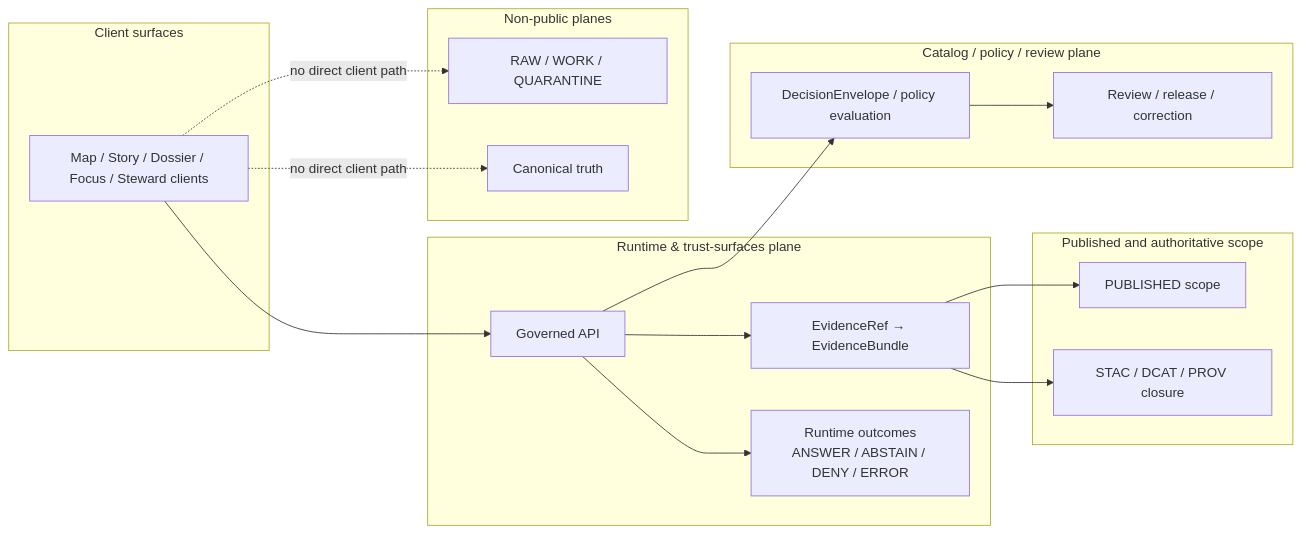
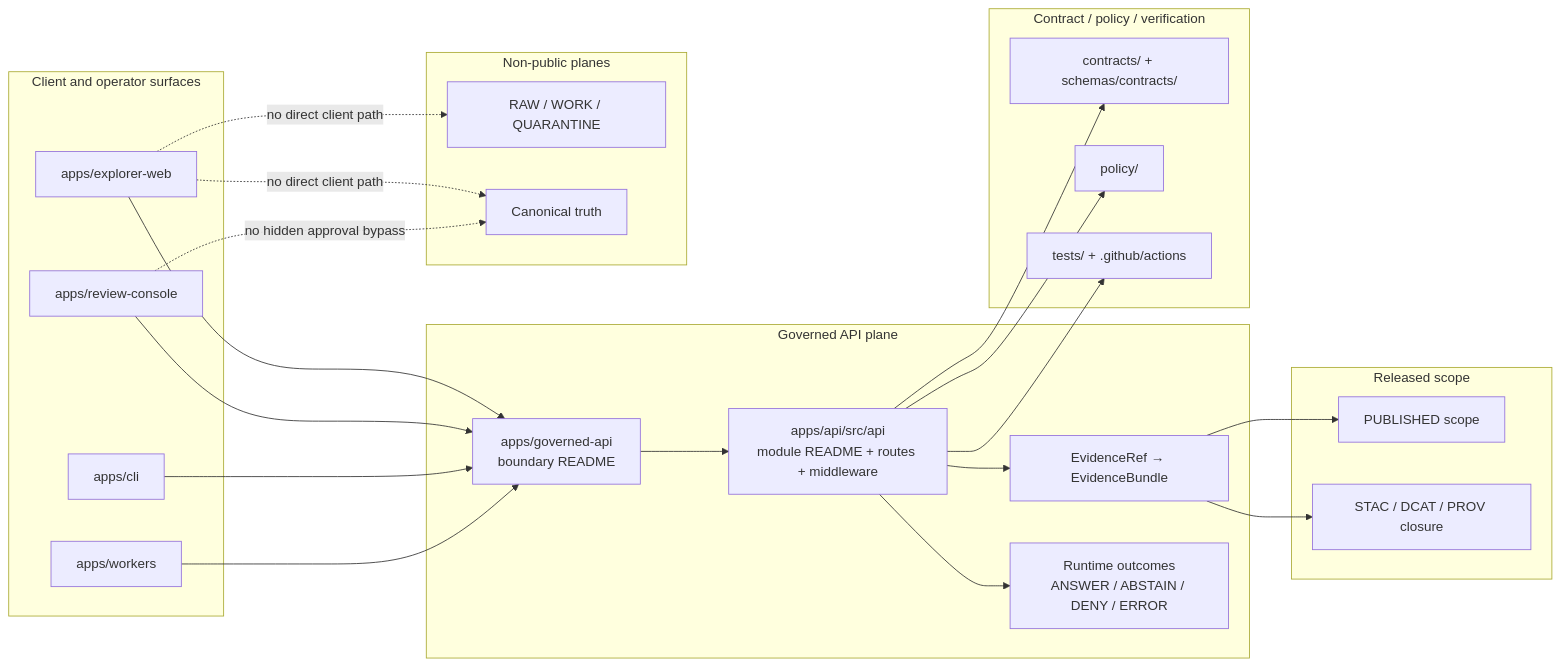
One commit to bartytime4life/Kansas-Frontier-Matrix changed the diagram in apps/governed-api/README.md. Above: the diagram before and after it, drawn with Mermaid. The commit also changed other lines of this file, not shown here.

````diff
--- a/apps/governed-api/README.md
+++ b/apps/governed-api/README.md
@@ -225,38 +306,50 @@
 ```mermaid
 flowchart LR
-    subgraph Clients["Client surfaces"]
-        Map["Map / Story / Dossier / Focus / Steward clients"]
+    subgraph Clients["Client and operator surfaces"]
+        Explorer["apps/explorer-web"]
+        Review["apps/review-console"]
+        CLI["apps/cli"]
+        Workers["apps/workers"]
     end
 
-    subgraph Runtime["Runtime & trust-surfaces plane"]
-        API["Governed API"]
+    subgraph APIPlane["Governed API plane"]
+        Boundary["apps/governed-api\nboundary README"]
+        Module["apps/api/src/api\nmodule README + routes + middleware"]
         Resolver["EvidenceRef → EvidenceBundle"]
         Envelope["Runtime outcomes\nANSWER / ABSTAIN / DENY / ERROR"]
     end
 
-    subgraph Control["Catalog / policy / review plane"]
-        Policy["DecisionEnvelope / policy evaluation"]
-        Review["Review / release / correction"]
+    subgraph Control["Contract / policy / verification"]
+        Contracts["contracts/ + schemas/contracts/"]
+        Policy["policy/"]
+        Tests["tests/ + .github/actions"]
     end
 
-    subgraph Data["Published and authoritative scope"]
+    subgraph Data["Released scope"]
         Published["PUBLISHED scope"]
         Closure["STAC / DCAT / PROV closure"]
     end
 
     subgraph NonPublic["Non-public planes"]
         Raw["RAW / WORK / QUARANTINE"]
         Canon["Canonical truth"]
     end
 
-    Map --> API
-    API --> Policy
-    API --> Resolver
+    Explorer --> Boundary
+    Review --> Boundary
+    CLI --> Boundary
+    Workers --> Boundary
+
+    Boundary --> Module
+    Module --> Resolver
+    Module --> Envelope
+    Module --> Contracts
+    Module --> Policy
+    Module --> Tests
     Resolver --> Published
     Resolver --> Closure
-    Policy --> Review
-    API --> Envelope
 
-    Map -. no direct client path .-> Raw
-    Map -. no direct client path .-> Canon
+    Explorer -. no direct client path .-> Raw
+    Explorer -. no direct client path .-> Canon
+    Review -. no hidden approval bypass .-> Canon
 ```
````
